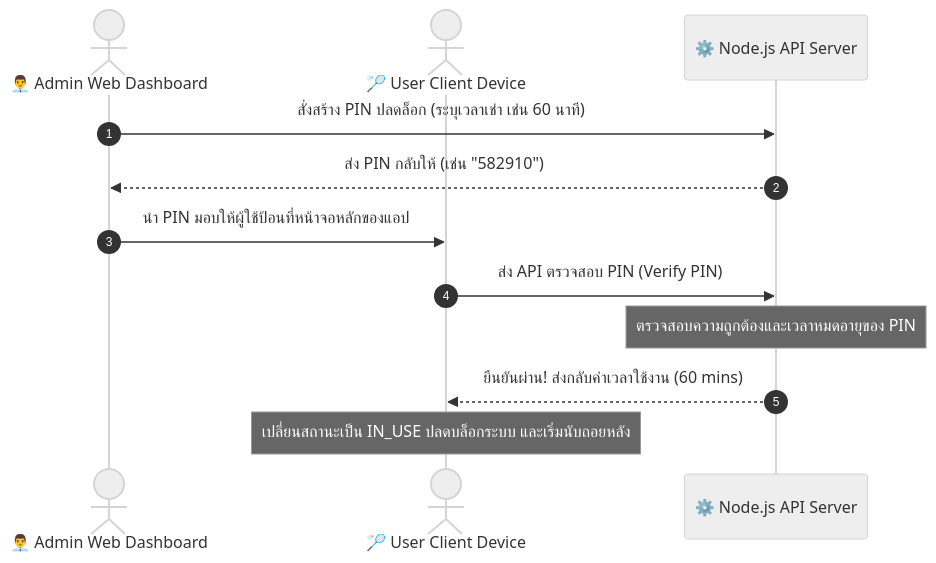
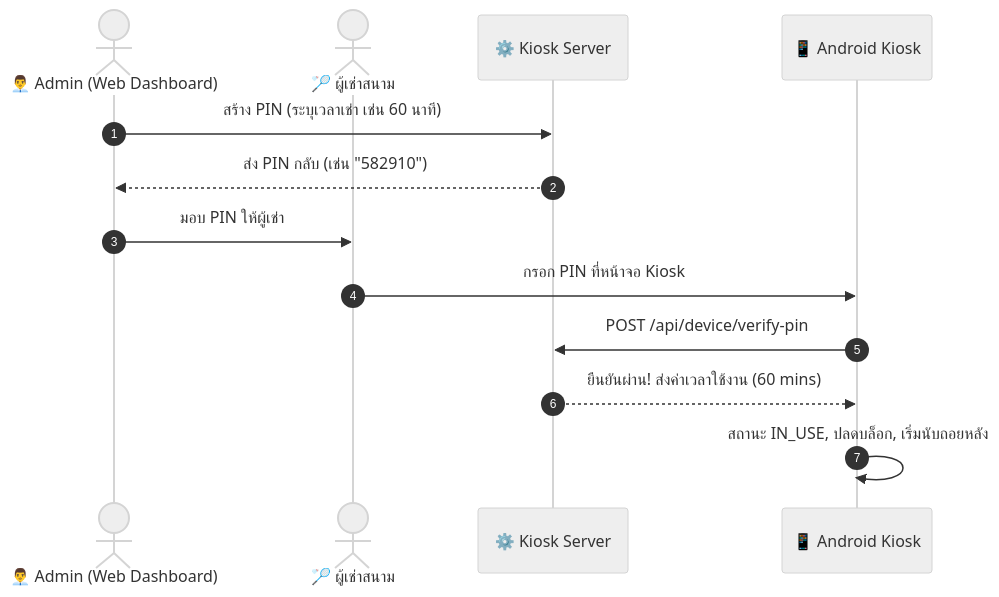
One commit to Entity014/Tennis_App changed the third of 4 diagrams in README.md. Above: the diagram before and after it, drawn with Mermaid (neutral theme). The commit also changed other lines of this file and 9 other files, not shown here.

````diff
--- a/README.md
+++ b/README.md
@@ -178,15 +380,16 @@
 ```mermaid
 sequenceDiagram
     autonumber
-    actor Admin as 👨‍💼 Admin Web Dashboard
-    actor User as 🏸 User Client Device
-    participant Server as ⚙️ Node.js API Server
+    actor Admin as 👨‍💼 Admin (Web Dashboard)
+    actor User as 🏸 ผู้เช่าสนาม
+    participant Server as ⚙️ Kiosk Server
+    participant Device as 📱 Android Kiosk
 
-    Admin->>Server: สั่งสร้าง PIN ปลดล็อก (ระบุเวลาเช่า เช่น 60 นาที)
-    Server-->>Admin: ส่ง PIN กลับให้ (เช่น "582910")
-    Admin->>User: นำ PIN มอบให้ผู้ใช้ป้อนที่หน้าจอหลักของแอป
-    User->>Server: ส่ง API ตรวจสอบ PIN (Verify PIN)
-    Note over Server: ตรวจสอบความถูกต้องและเวลาหมดอายุของ PIN
-    Server-->>User: ยืนยันผ่าน! ส่งกลับค่าเวลาใช้งาน (60 mins)
-    Note over User: เปลี่ยนสถานะเป็น IN_USE ปลดบล็อกระบบ และเริ่มนับถอยหลัง
+    Admin->>Server: สร้าง PIN (ระบุเวลาเช่า เช่น 60 นาที)
+    Server-->>Admin: ส่ง PIN กลับ (เช่น "582910")
+    Admin->>User: มอบ PIN ให้ผู้เช่า
+    User->>Device: กรอก PIN ที่หน้าจอ Kiosk
+    Device->>Server: POST /api/device/verify-pin
+    Server-->>Device: ยืนยันผ่าน! ส่งค่าเวลาใช้งาน (60 mins)
+    Device->>Device: สถานะ IN_USE, ปลดบล็อก, เริ่มนับถอยหลัง
 ```
````
